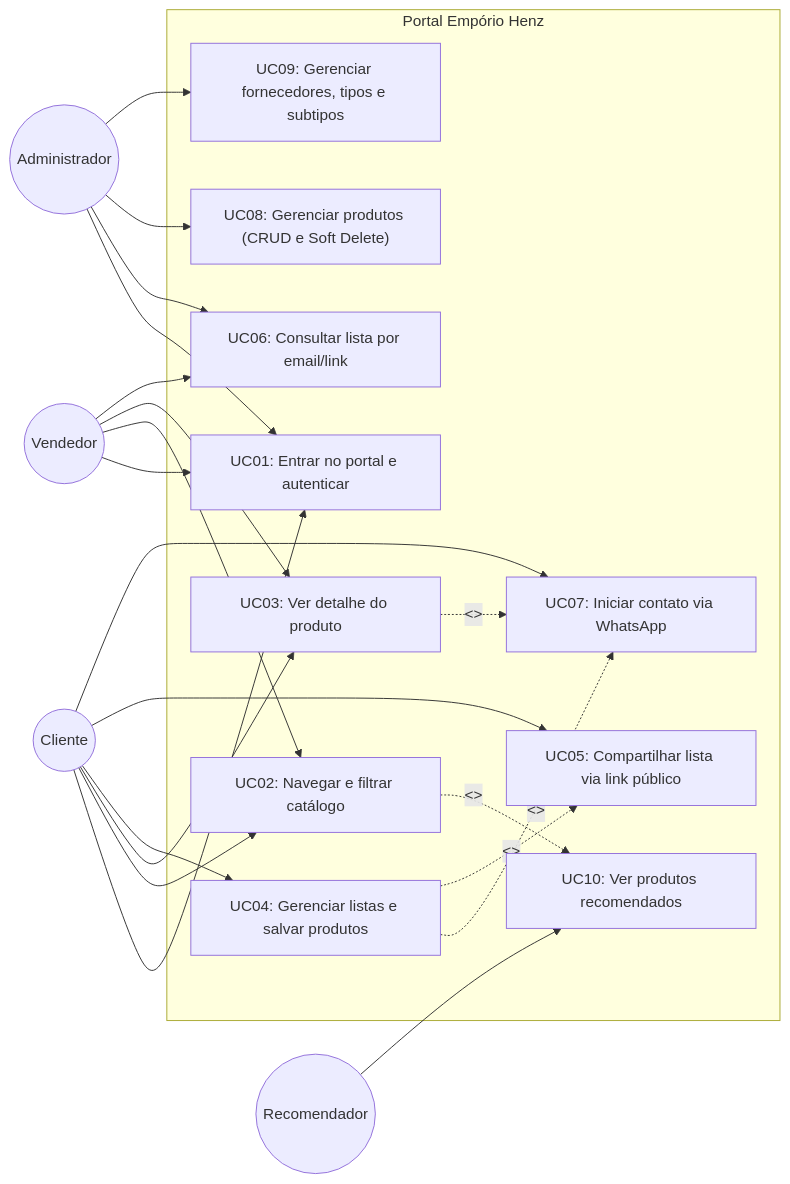
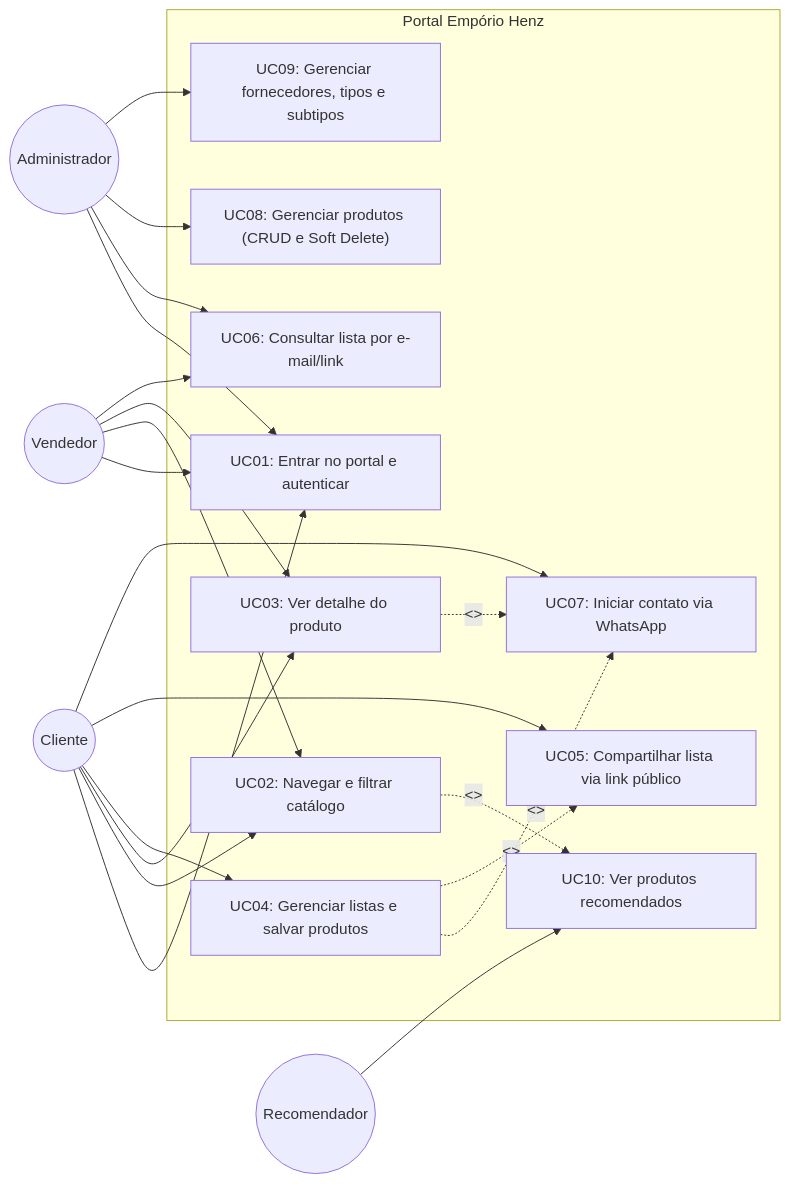
The diagram in docs/PRD.md (Joao-Camilo-Mallmann/site-emporio-henz), drawn with Mermaid before and after one commit. The commit also changed other lines of this file and 2 other files, not shown here.

````diff
--- a/docs/PRD.md
+++ b/docs/PRD.md
@@ -122,44 +122,44 @@
 ```mermaid
 flowchart LR
     subgraph Sistema ["Portal Empório Henz"]
         UC01["UC01: Entrar no portal e autenticar"]
         UC02["UC02: Navegar e filtrar catálogo"]
         UC03["UC03: Ver detalhe do produto"]
         UC04["UC04: Gerenciar listas e salvar produtos"]
         UC05["UC05: Compartilhar lista via link público"]
-        UC06["UC06: Consultar lista por email/link"]
+        UC06["UC06: Consultar lista por e-mail/link"]
         UC07["UC07: Iniciar contato via WhatsApp"]
         UC08["UC08: Gerenciar produtos (CRUD e Soft Delete)"]
         UC09["UC09: Gerenciar fornecedores, tipos e subtipos"]
         UC10["UC10: Ver produtos recomendados"]
     end
 
     Cliente((Cliente))
     Vendedor((Vendedor))
     Admin((Administrador))
     Recomendador((Recomendador))
 
     Cliente --> UC01
     Cliente --> UC02
     Cliente --> UC03
     Cliente --> UC04
     Cliente --> UC05
     Cliente --> UC07
 
     Vendedor --> UC01
     Vendedor --> UC02
     Vendedor --> UC03
     Vendedor --> UC06
 
     Admin --> UC01
     Admin --> UC06
     Admin --> UC08
     Admin --> UC09
 
     Recomendador --> UC10
 
     UC03 -.->|<<extend>>| UC07
     UC04 -.->|<<extend>>| UC07
     UC04 -.->|<<include>>| UC05
     UC02 -.->|<<extend>>| UC10
 ```
````
